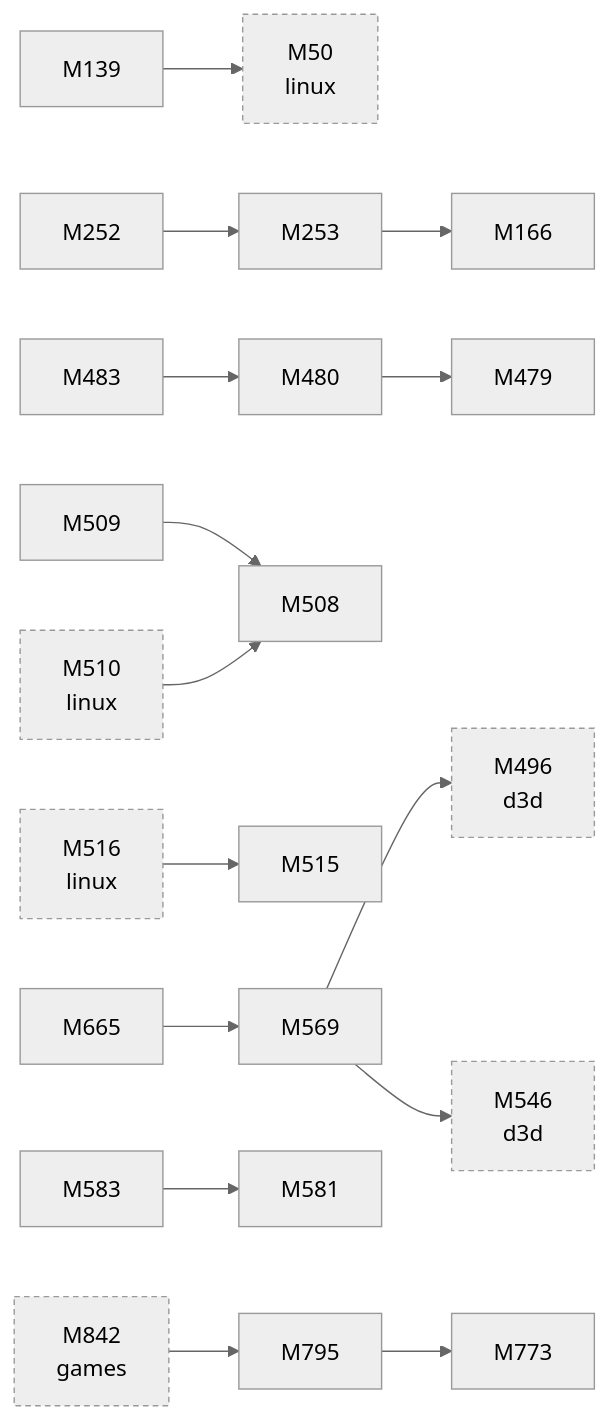
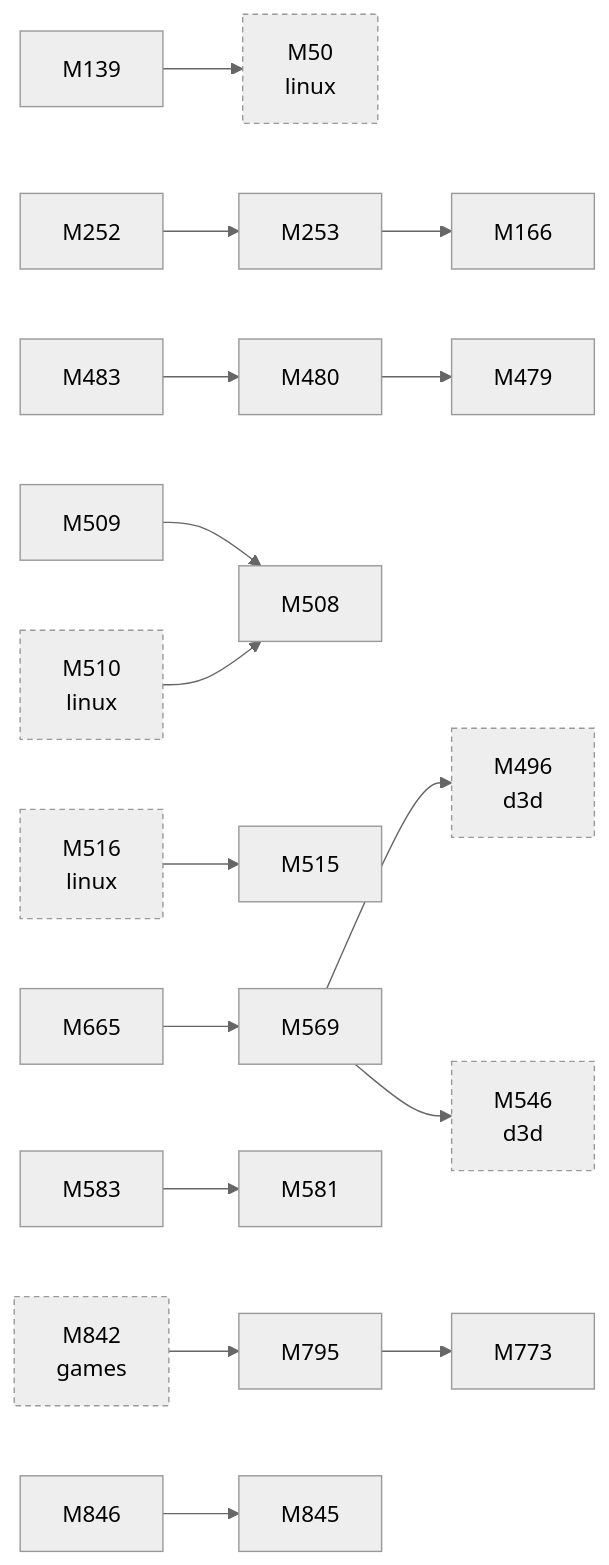
Before and after one commit to D-Ogi/amdgpu-wddm: the second of 2 diagrams in docs/facts/graphs/icd.md, drawn with Mermaid (neutral theme). The commit also changed 3 other files, not shown here.

````diff
--- a/docs/facts/graphs/icd.md
+++ b/docs/facts/graphs/icd.md
@@ -26,41 +26,44 @@
 ```mermaid
 flowchart LR
   M50["M50<br/>linux"]
   M139["M139"]
   M166["M166"]
   M252["M252"]
   M253["M253"]
   M479["M479"]
   M480["M480"]
   M483["M483"]
   M496["M496<br/>d3d"]
   M508["M508"]
   M509["M509"]
   M510["M510<br/>linux"]
   M515["M515"]
   M516["M516<br/>linux"]
   M546["M546<br/>d3d"]
   M569["M569"]
   M581["M581"]
   M583["M583"]
   M665["M665"]
   M773["M773"]
   M795["M795"]
   M842["M842<br/>games"]
+  M845["M845"]
+  M846["M846"]
   M139 --> M50
   M252 --> M253
   M253 --> M166
   M480 --> M479
   M483 --> M480
   M509 --> M508
   M569 --> M496
   M569 --> M546
   M583 --> M581
   M665 --> M569
   M795 --> M773
+  M846 --> M845
   M842 --> M795
   M510 --> M508
   M516 --> M515
   classDef other stroke-dasharray:4 3
   class M50,M496,M510,M516,M546,M842 other
 ```
````
